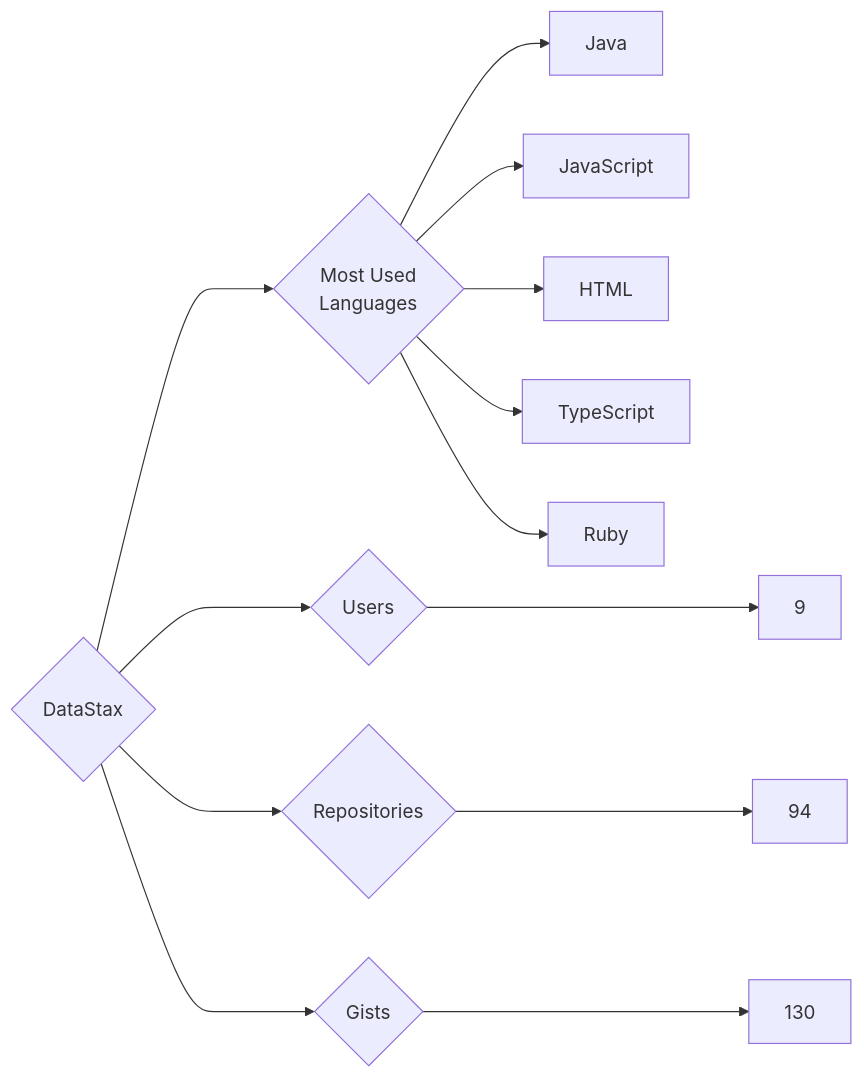
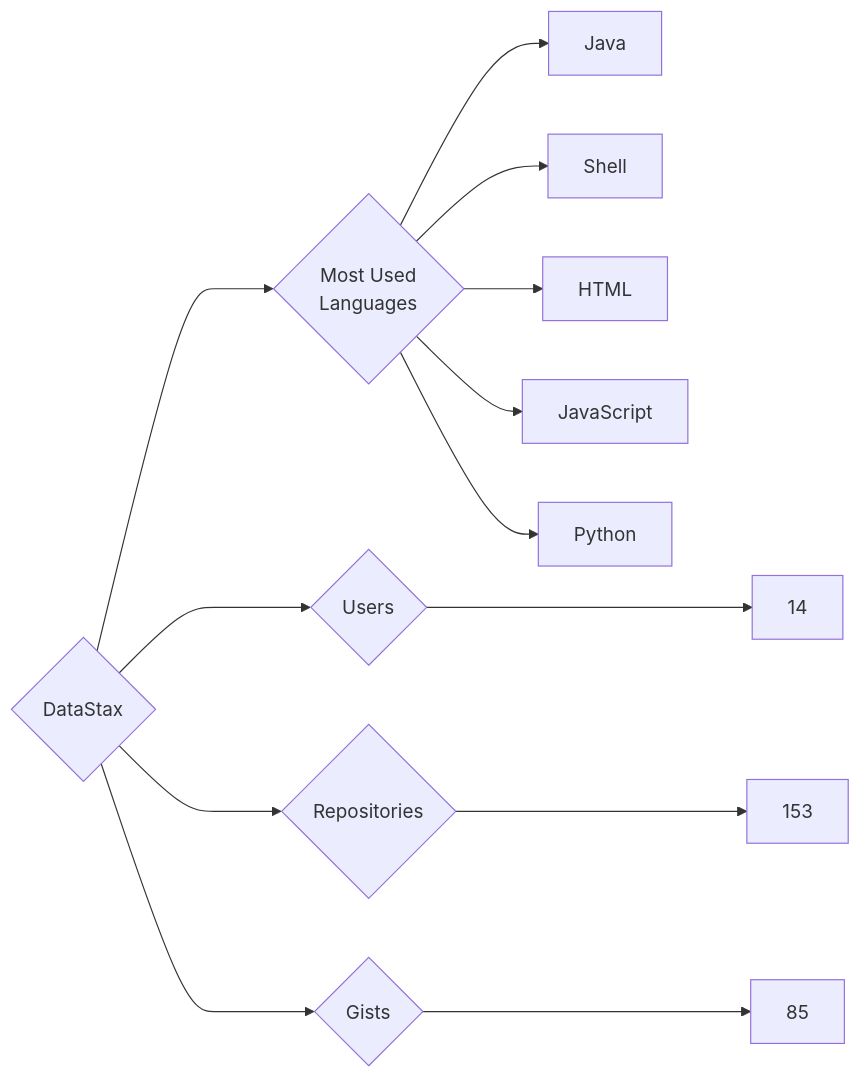
The diagram in targets/DataStax/README.md (trickest/insiders), drawn with Mermaid before and after one commit. The commit also changed 998 other files, not shown here.

````diff
--- a/targets/DataStax/README.md
+++ b/targets/DataStax/README.md
@@ -3,13 +3,13 @@
 ```mermaid
 graph LR
 COMPANY_NAME{DataStax}
-COMPANY_NAME ---> U{Users} ---> UN[9]
-COMPANY_NAME ---> R{Repositories} ---> RN[94]
-COMPANY_NAME ---> G{Gists} ---> GN[130]
+COMPANY_NAME ---> U{Users} ---> UN[14]
+COMPANY_NAME ---> R{Repositories} ---> RN[153]
+COMPANY_NAME ---> G{Gists} ---> GN[85]
 COMPANY_NAME ---> ML{Most Used<br>Languages}
 ML --> Java[Java]
+ML --> Shell[Shell]
+ML --> HTML[HTML]
 ML --> JavaScript[JavaScript]
-ML --> HTML[HTML]
-ML --> TypeScript[TypeScript]
-ML --> Ruby[Ruby]
+ML --> Python[Python]
 ```
````
